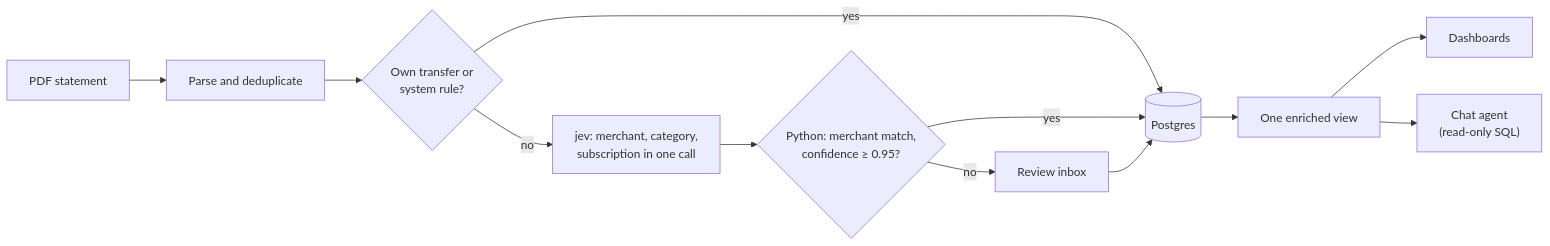
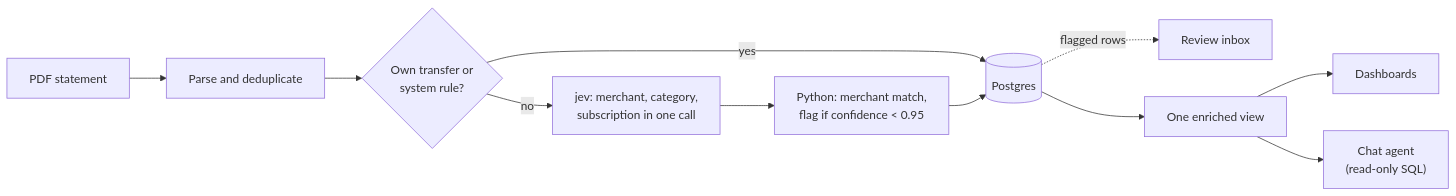
The diagram in README.md (raulvazquez7/personal-finance-agent), drawn with Mermaid before and after one commit.

Commit message:
docs: match the README diagram to the saved-then-reviewed order

````diff
--- a/README.md
+++ b/README.md
@@ -32,13 +32,13 @@
 ```mermaid
 flowchart LR
     A[PDF statement] --> B[Parse and deduplicate]
     B --> C{Own transfer or<br/>system rule?}
     C -->|yes| G[(Postgres)]
     C -->|no| D["jev: merchant, category,<br/>subscription in one call"]
-    D --> E{"Python: merchant match,<br/>confidence ≥ 0.95?"}
-    E -->|yes| G
-    E -->|no| F[Review inbox] --> G
+    D --> E["Python: merchant match,<br/>flag if confidence < 0.95"]
+    E --> G
+    G -.->|flagged rows| F[Review inbox]
     G --> H[One enriched view]
     H --> I[Dashboards]
     H --> J["Chat agent<br/>(read-only SQL)"]
 ```
````
